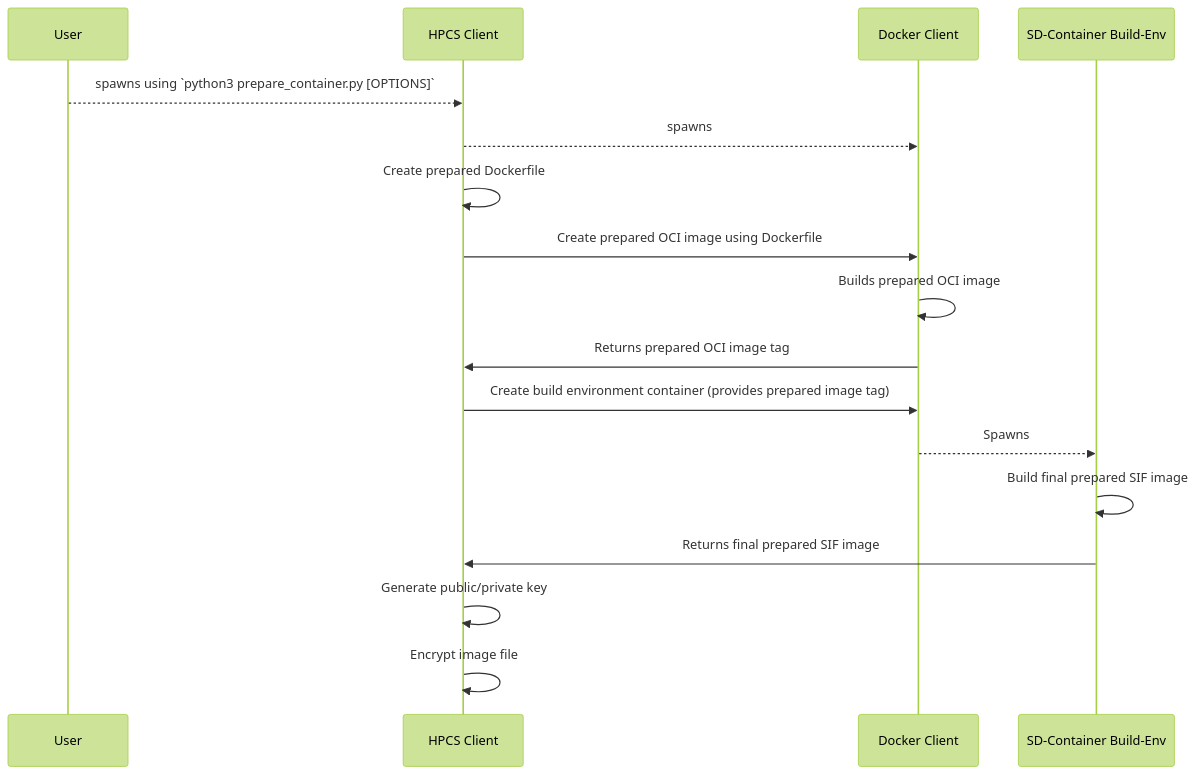
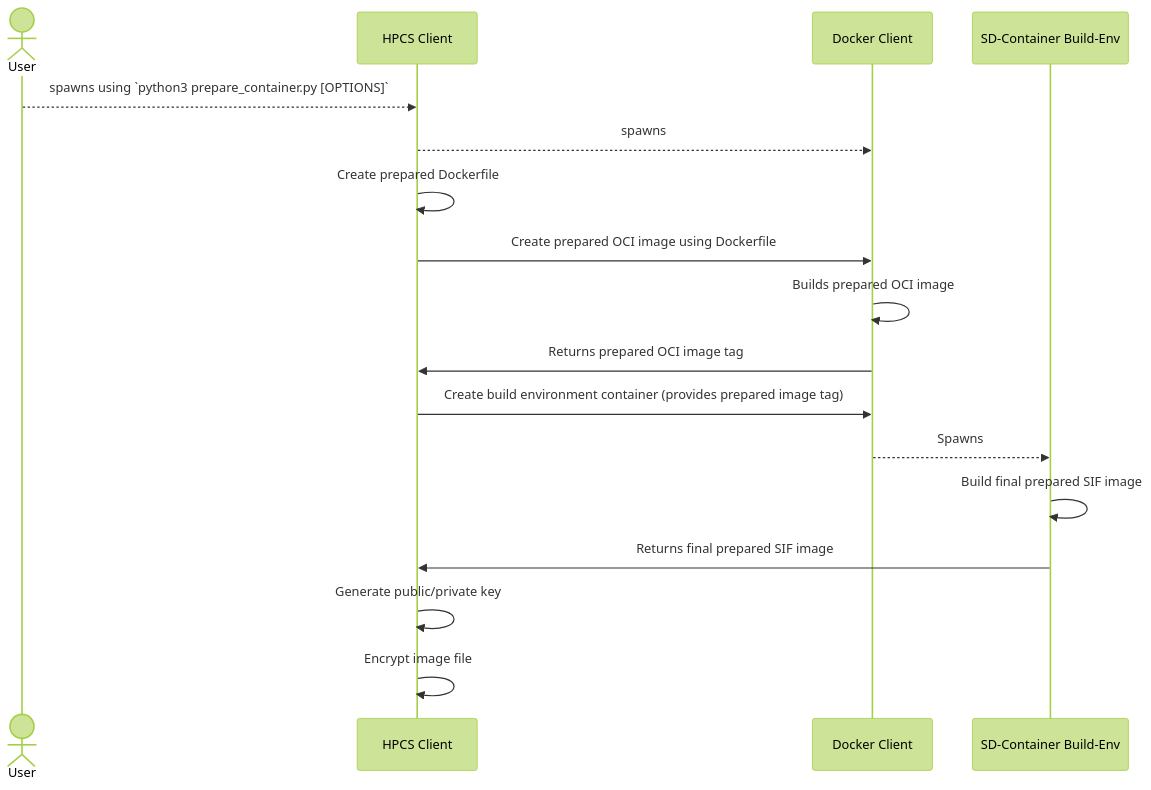
Before and after one commit to CSCfi/HPCS: the second of 3 diagrams in docs/architecture/container_preparation.md, drawn with Mermaid (forest theme). The commit also changed other lines of this file and 4 other files, not shown here.

Commit message:
job preparation sequence diagram + some fixs

````diff
--- a/docs/architecture/container_preparation.md
+++ b/docs/architecture/container_preparation.md
@@ -46,15 +48,16 @@
 ```mermaid
 sequenceDiagram
+    actor User
     User -->>HPCS Client: spawns using `python3 prepare_container.py [OPTIONS]`
     HPCS Client -->> Docker Client: spawns
     HPCS Client ->> HPCS Client: Create prepared Dockerfile
     HPCS Client ->> Docker Client: Create prepared OCI image using Dockerfile
     Docker Client ->> Docker Client: Builds prepared OCI image
     Docker Client ->> HPCS Client: Returns prepared OCI image tag
     HPCS Client ->> Docker Client: Create build environment container (provides prepared image tag)
     Docker Client -->> SD-Container Build-Env: Spawns
     SD-Container Build-Env ->> SD-Container Build-Env: Build final prepared SIF image
     SD-Container Build-Env ->> HPCS Client: Returns final prepared SIF image
     HPCS Client ->> HPCS Client: Generate public/private key
     HPCS Client ->> HPCS Client: Encrypt image file
 ```
````
